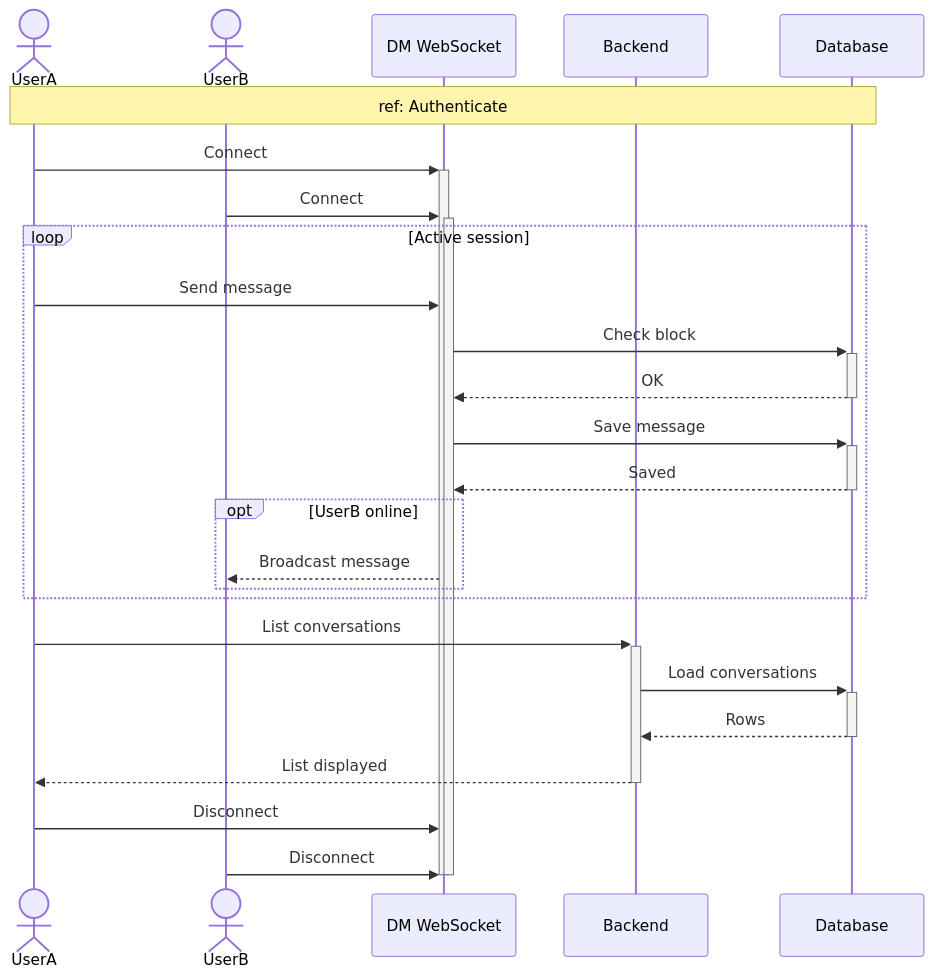
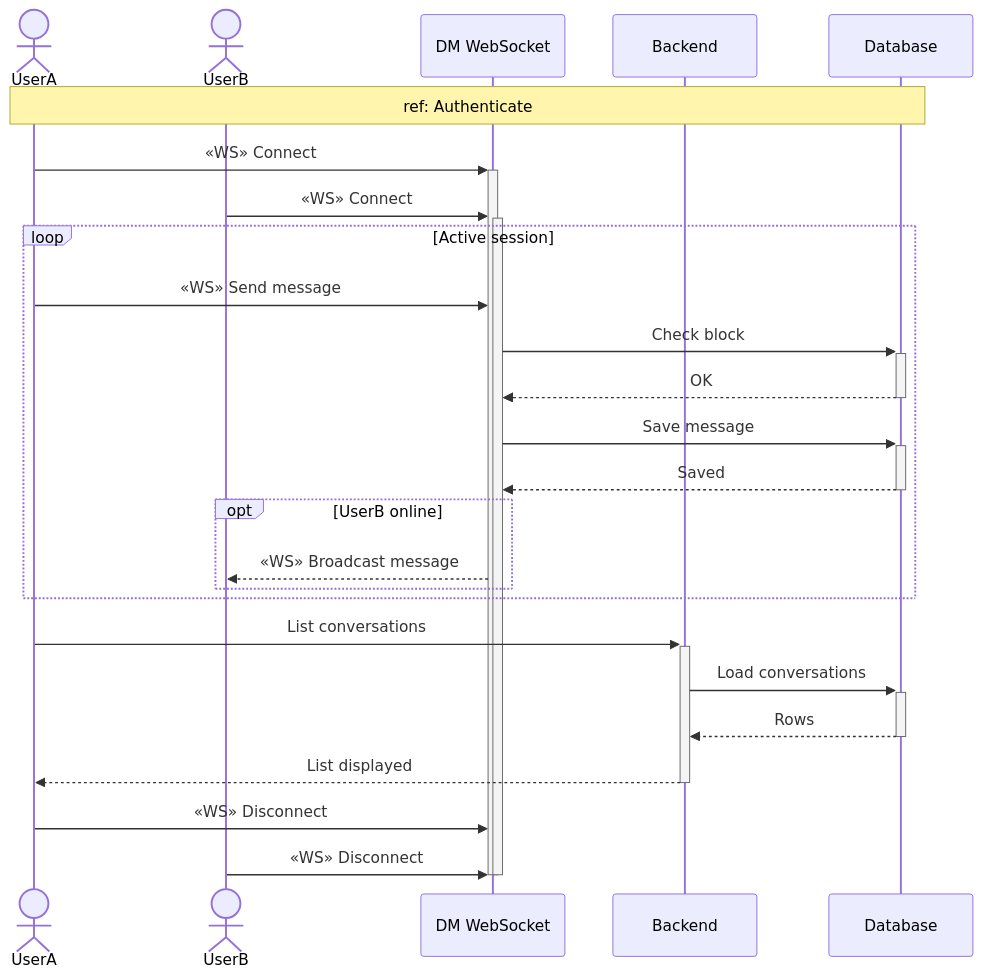
Diagram 15 of 16 in docs/SEQUENCE_DIAGRAMS.md (MohamedChebbi123/teamnest), drawn with Mermaid before and after one commit. The commit also changed other lines of this file, not shown here.

````diff
--- a/docs/SEQUENCE_DIAGRAMS.md
+++ b/docs/SEQUENCE_DIAGRAMS.md
@@ -509,34 +509,34 @@
 ```mermaid
 sequenceDiagram
     actor UserA
     actor UserB
     participant WS as DM WebSocket
     participant API as Backend
     participant DB as Database
 
     Note over UserA,DB: ref: Authenticate
 
-    UserA->>+WS: Connect
-    UserB->>+WS: Connect
+    UserA->>+WS: «WS» Connect
+    UserB->>+WS: «WS» Connect
 
     loop Active session
-        UserA->>WS: Send message
+        UserA->>WS: «WS» Send message
         WS->>+DB: Check block
         DB-->>-WS: OK
         WS->>+DB: Save message
         DB-->>-WS: Saved
         opt UserB online
-            WS-->>UserB: Broadcast message
+            WS-->>UserB: «WS» Broadcast message
         end
     end
 
     UserA->>+API: List conversations
     API->>+DB: Load conversations
     DB-->>-API: Rows
     API-->>-UserA: List displayed
 
-    UserA->>WS: Disconnect
-    UserB->>WS: Disconnect
+    UserA->>WS: «WS» Disconnect
+    UserB->>WS: «WS» Disconnect
     deactivate WS
     deactivate WS
 ```
````
